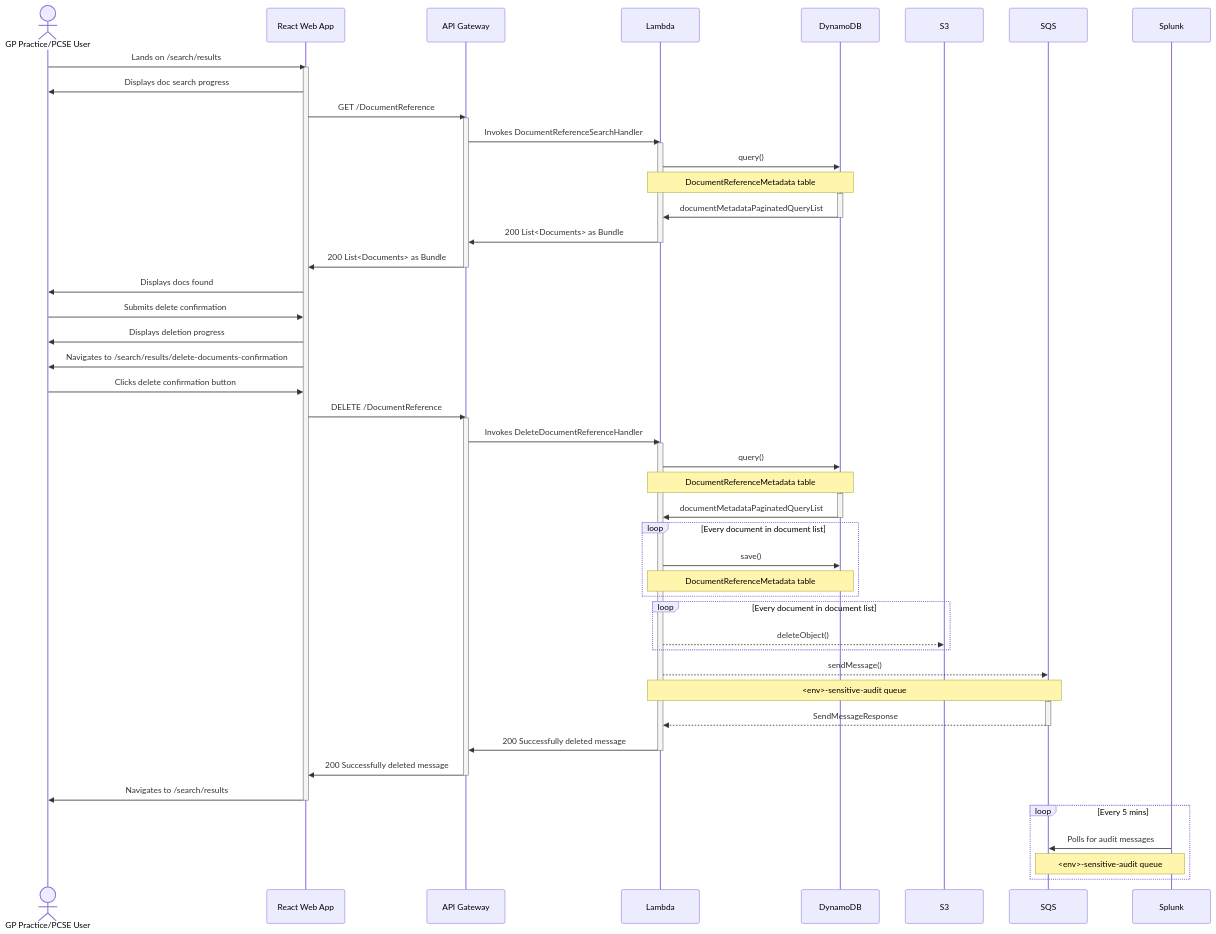
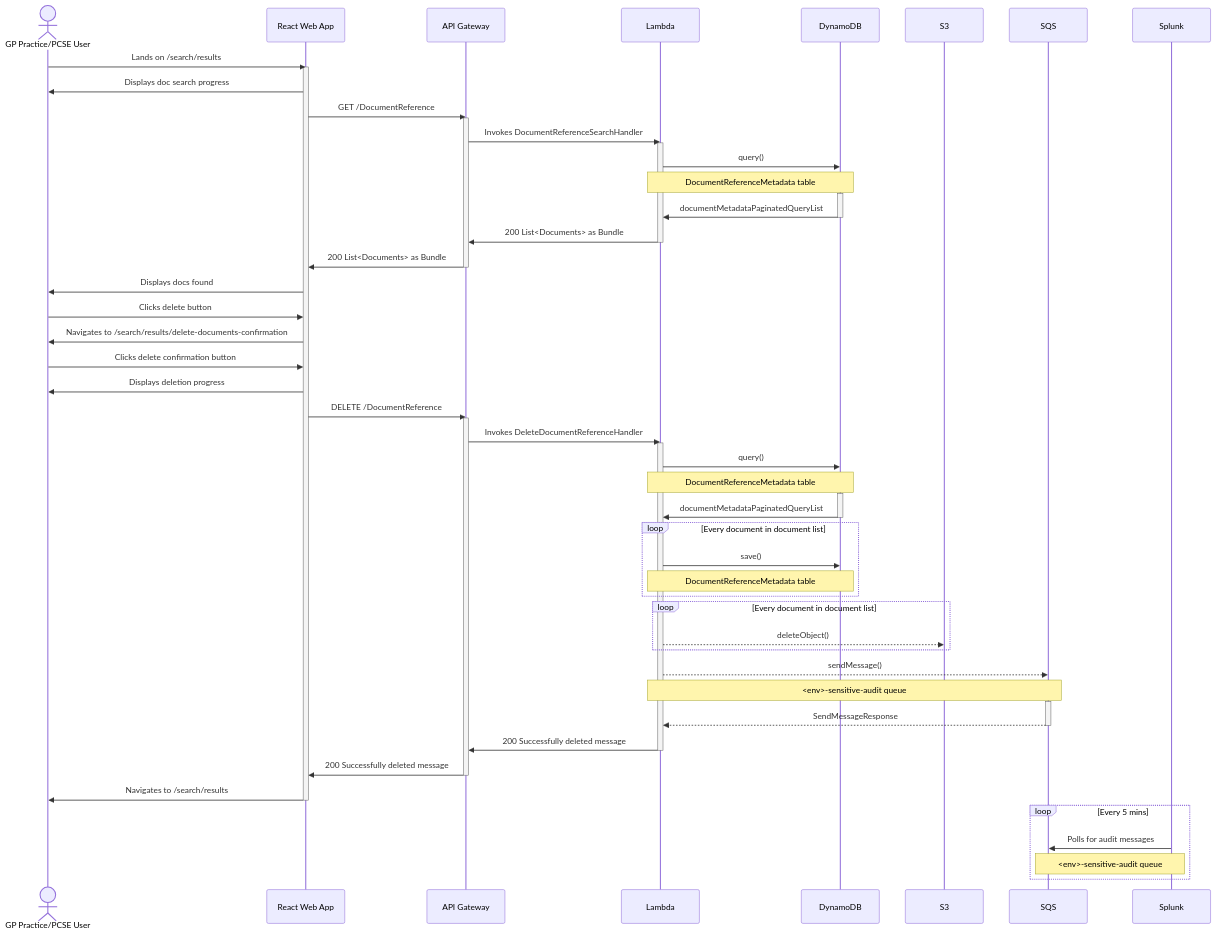
One commit to nhsconnect/document-store-prototype changed the diagram in docs/diagrams/sequence/delete-docs.md. Above: the diagram before and after it, drawn with Mermaid.

Commit message:
[PRMT-3138] Fix delete confirmation order on delete docs sequence diagram

````diff
--- a/docs/diagrams/sequence/delete-docs.md
+++ b/docs/diagrams/sequence/delete-docs.md
@@ -9,56 +9,56 @@
 ```mermaid
 sequenceDiagram
     actor GP Practice/PCSE User
     GP Practice/PCSE User->>React Web App: Lands on /search/results
     activate React Web App
         React Web App->>GP Practice/PCSE User: Displays doc search progress
         React Web App->>API Gateway: GET /DocumentReference
         activate API Gateway
             API Gateway->>Lambda: Invokes DocumentReferenceSearchHandler
             activate Lambda
                 Lambda->>DynamoDB: query()
                 Note over Lambda, DynamoDB: DocumentReferenceMetadata table
                 activate DynamoDB
                     DynamoDB->>Lambda: documentMetadataPaginatedQueryList
                 deactivate DynamoDB
                 Lambda->>API Gateway: 200 List<Documents> as Bundle
             deactivate Lambda
             API Gateway->>React Web App:  200 List<Documents> as Bundle
         deactivate API Gateway
         React Web App->>GP Practice/PCSE User: Displays docs found
-        GP Practice/PCSE User->>React Web App: Submits delete confirmation
-        React Web App->>GP Practice/PCSE User: Displays deletion progress
+        GP Practice/PCSE User->>React Web App: Clicks delete button
         React Web App->>GP Practice/PCSE User: Navigates to /search/results/delete-documents-confirmation
         GP Practice/PCSE User->>React Web App: Clicks delete confirmation button
+        React Web App->>GP Practice/PCSE User: Displays deletion progress
         React Web App->>API Gateway: DELETE /DocumentReference
         activate API Gateway
             API Gateway->>Lambda: Invokes DeleteDocumentReferenceHandler
             activate Lambda
                 Lambda->>DynamoDB: query()
                 Note over Lambda, DynamoDB: DocumentReferenceMetadata table
                 activate DynamoDB
                     DynamoDB->>Lambda: documentMetadataPaginatedQueryList
                 deactivate DynamoDB
                 loop Every document in document list
                     Lambda->>DynamoDB: save()
                     Note over Lambda, DynamoDB: DocumentReferenceMetadata table
                 end
                 loop Every document in document list
                     Lambda-->>S3: deleteObject()
                 end
                 Lambda-->>SQS: sendMessage()
                 Note over Lambda, SQS: <env>-sensitive-audit queue
                 activate SQS
                     SQS-->>Lambda: SendMessageResponse
                 deactivate SQS
                 Lambda->>API Gateway: 200 Successfully deleted message
             deactivate Lambda
             API Gateway->>React Web App: 200 Successfully deleted message
         deactivate API Gateway
         React Web App->>GP Practice/PCSE User: Navigates to /search/results
     deactivate React Web App
     loop Every 5 mins
         Splunk->>SQS: Polls for audit messages
         Note over Splunk, SQS: <env>-sensitive-audit queue
     end
 ```
````
